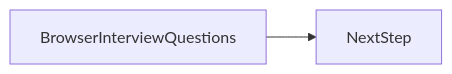
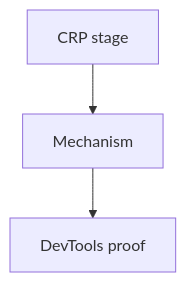
One commit to OmidJavaherii/Frontend-Engineering-Handbook changed the second of 3 diagrams in docs/en/24-interview-preparation/browser-interview-questions/index.md. Above: the diagram before and after it, drawn with Mermaid. The commit also changed other lines of this file and 461 other files, not shown here.

````diff
--- a/docs/en/24-interview-preparation/browser-interview-questions/index.md
+++ b/docs/en/24-interview-preparation/browser-interview-questions/index.md
@@ -95,4 +123,5 @@
 ```mermaid
-flowchart LR
-  concept[BrowserInterviewQuestions] --> nextStep[NextStep]
+flowchart TD
+  n0[CRP stage] --> n1[Mechanism]
+  n1[Mechanism] --> n2[DevTools proof]
 ```
````
